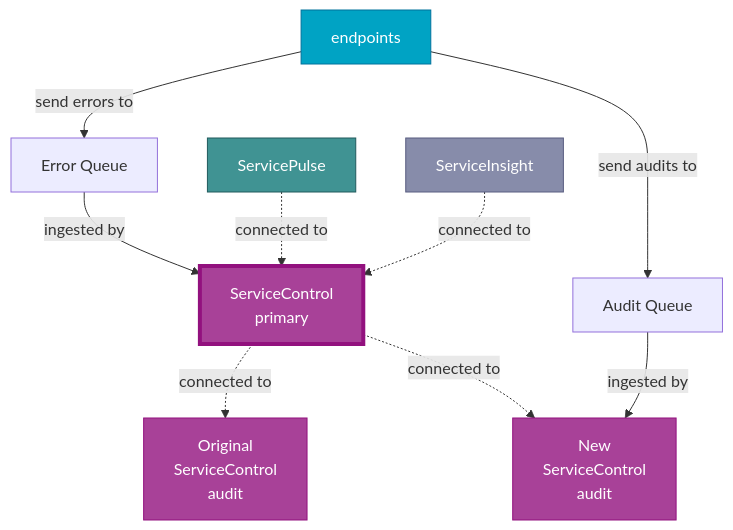
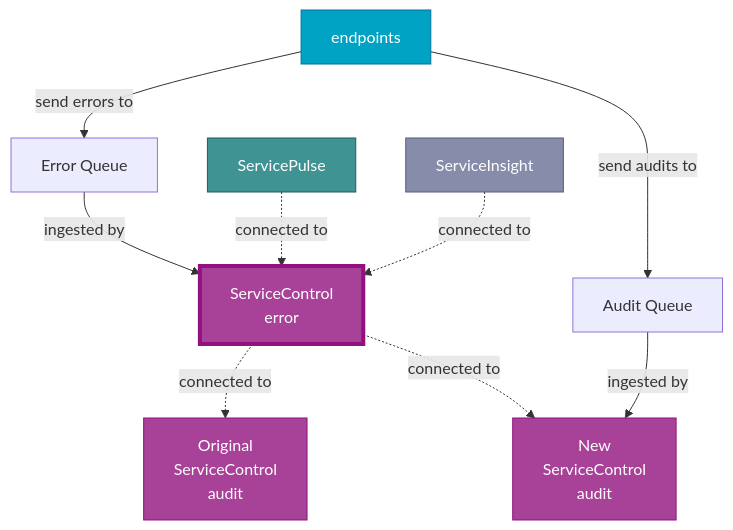
Before and after one commit to Particular/docs.particular.net: the third of 4 diagrams in servicecontrol/upgrades/zero-downtime.md, drawn with Mermaid. The commit also changed other lines of this file and 10 other files, not shown here.

Commit message:
Switch to ServiceControl Error instance naming convention

````diff
--- a/servicecontrol/upgrades/zero-downtime.md
+++ b/servicecontrol/upgrades/zero-downtime.md
@@ -128,23 +128,23 @@
 ```mermaid
 graph TD
 endpoints -- send errors to --> errorQ[Error Queue]
 endpoints -- send audits to --> auditQ[Audit Queue]
-errorQ -- ingested by --> sc[ServiceControl<br/>primary]
+errorQ -- ingested by --> sc[ServiceControl<br/>error]
 auditQ -- ingested by --> sca2[New<br/>ServiceControl<br/>audit]
 sc -. connected to .-> sca[Original<br/>ServiceControl<br/>audit]
 sc -. connected to .-> sca2
 sp[ServicePulse] -. connected to .-> sc
 si[ServiceInsight] -. connected to .-> sc
 
 classDef Endpoints fill:#00A3C4,stroke:#00729C,color:#FFFFFF
 classDef ServiceInsight fill:#878CAA,stroke:#585D80,color:#FFFFFF
 classDef ServicePulse fill:#409393,stroke:#205B5D,color:#FFFFFF
-classDef ServiceControlPrimary fill:#A84198,stroke:#92117E,color:#FFFFFF,stroke-width:4px
+classDef ServiceControlError fill:#A84198,stroke:#92117E,color:#FFFFFF,stroke-width:4px
 classDef ServiceControlRemote fill:#A84198,stroke:#92117E,color:#FFFFFF
 
 class endpoints Endpoints
 class si ServiceInsight
 class sp ServicePulse
-class sc ServiceControlPrimary
+class sc ServiceControlError
 class sca,sca2 ServiceControlRemote
 ```
````
